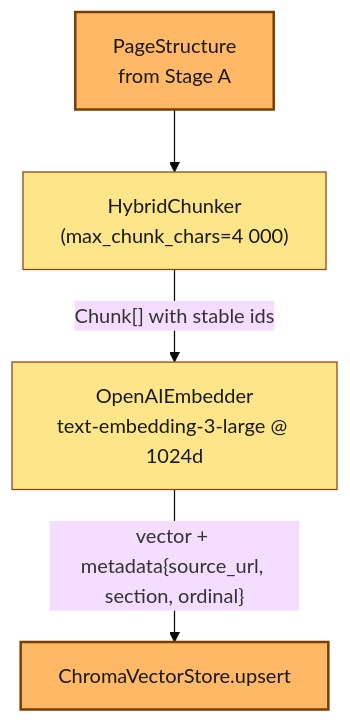
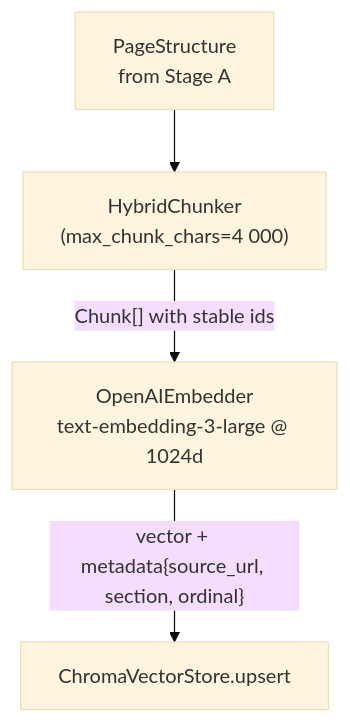
One commit to bruj0/support-agent changed the fifth of 7 diagrams in docs/architecture/architecture.md. Above: the diagram before and after it, drawn with Mermaid (base theme). The commit also changed other lines of this file and 11 other files, not shown here.

First line of the commit message:
fix(docs): revert all Mermaid classDef overrides; use default theme

````diff
--- a/docs/architecture/architecture.md
+++ b/docs/architecture/architecture.md
@@ -464,11 +445,7 @@
 ```mermaid
 flowchart TB
     PS["PageStructure<br/>from Stage A"] --> HC["HybridChunker<br/>(max_chunk_chars=4 000)"]
     HC -->|"Chunk[] with stable ids"| EMB["OpenAIEmbedder<br/>text-embedding-3-large @ 1024d"]
     EMB -->|"vector + metadata{source_url, section, ordinal}"| UP["ChromaVectorStore.upsert"]
 
-    classDef stage fill:#fde68a,stroke:#92400e,stroke-width:1px,color:#1a1a1a;
-    classDef out fill:#ffb866,stroke:#7a3e00,stroke-width:2px,color:#1a1a1a;
-    class HC,EMB stage;
-    class PS,UP out;
 ```
````
